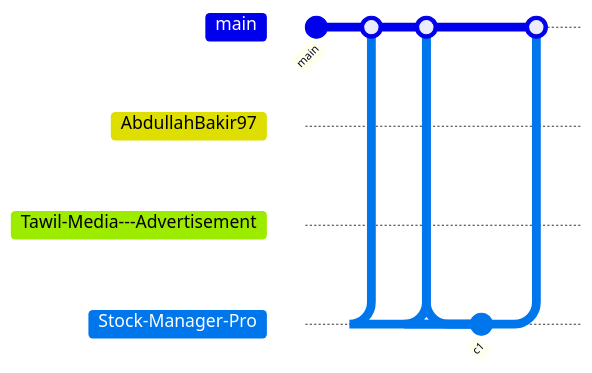
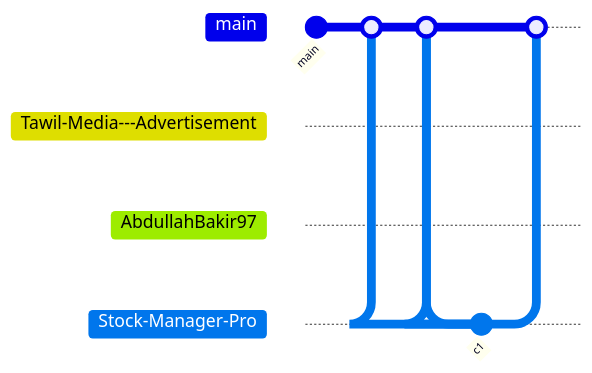
Before and after one commit to AbdullahBakir97/AbdullahBakir97: the diagram in README.md, drawn with Mermaid. The commit also changed other lines of this file and 7 other files, not shown here.

````diff
--- a/README.md
+++ b/README.md
@@ -336,19 +336,19 @@
 ```mermaid
 gitGraph
    commit id: "main"
+   branch Tawil-Media---Advertisement
+   checkout Tawil-Media---Advertisement
+   commit id: "c1"
+   checkout main
+   merge Tawil-Media---Advertisement
    branch AbdullahBakir97
    checkout AbdullahBakir97
    commit id: "c1"
    checkout main
    merge AbdullahBakir97
-   branch Tawil-Media---Advertisement
-   checkout Tawil-Media---Advertisement
-   commit id: "c1"
-   checkout main
-   merge Tawil-Media---Advertisement
    branch Stock-Manager-Pro
    checkout Stock-Manager-Pro
    commit id: "c1"
    checkout main
    merge Stock-Manager-Pro
 ```
````
